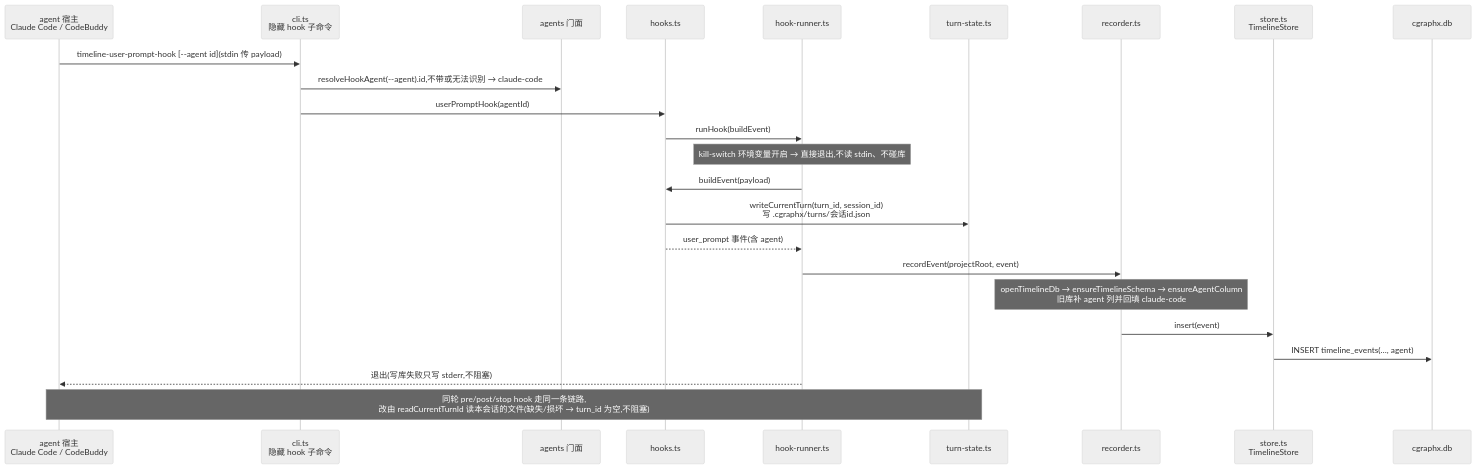
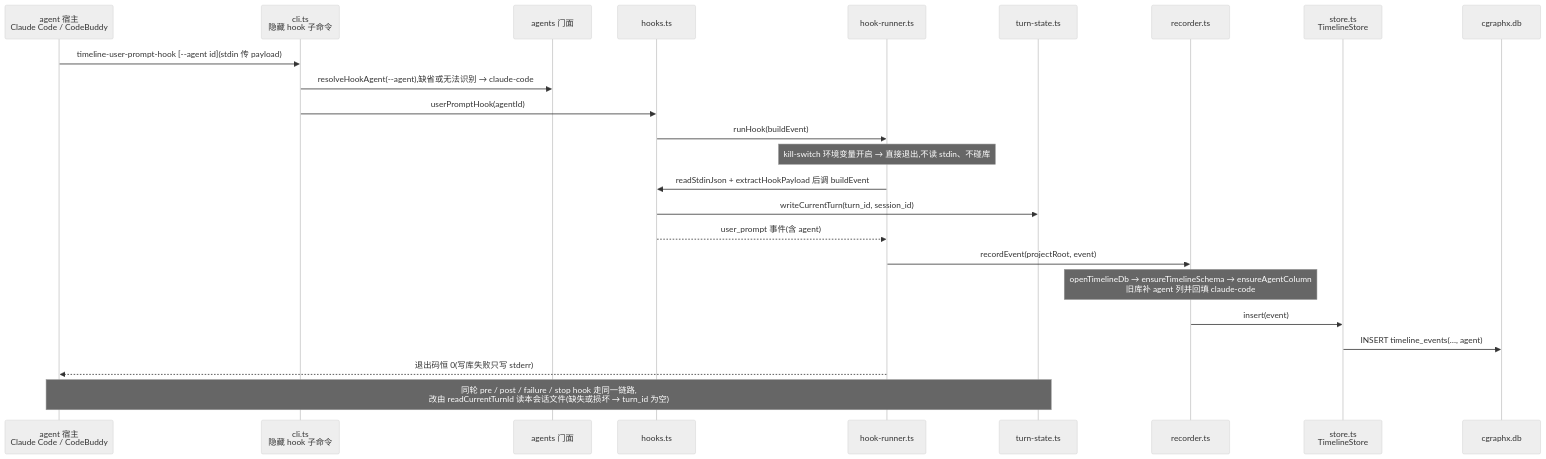
The first of 4 diagrams in docs/code-map/flows/开发时间线记录.md (smdnkB/cgraphx), drawn with Mermaid (neutral theme) before and after one commit. The commit also changed other lines of this file and 8 other files, not shown here.

First line of the commit message:
docs: 更新任务知识库与代码地图——任务自动关联落地后的现状

````diff
--- a/docs/code-map/flows/开发时间线记录.md
+++ b/docs/code-map/flows/开发时间线记录.md
@@ -57,27 +68,27 @@
 ```mermaid
 sequenceDiagram
   participant AG as agent 宿主<br/>Claude Code / CodeBuddy
   participant CLI as cli.ts<br/>隐藏 hook 子命令
   participant AP as agents 门面
   participant H as hooks.ts
   participant RH as hook-runner.ts
   participant TS as turn-state.ts
   participant RC as recorder.ts
   participant ST as store.ts<br/>TimelineStore
   participant DB as cgraphx.db
 
   AG->>CLI: timeline-user-prompt-hook [--agent id](stdin 传 payload)
-  CLI->>AP: resolveHookAgent(--agent).id,不带或无法识别 → claude-code
+  CLI->>AP: resolveHookAgent(--agent),缺省或无法识别 → claude-code
   CLI->>H: userPromptHook(agentId)
   H->>RH: runHook(buildEvent)
   Note over RH: kill-switch 环境变量开启 → 直接退出,不读 stdin、不碰库
-  RH->>H: buildEvent(payload)
-  H->>TS: writeCurrentTurn(turn_id, session_id)<br/>写 .cgraphx/turns/会话id.json
+  RH->>H: readStdinJson + extractHookPayload 后调 buildEvent
+  H->>TS: writeCurrentTurn(turn_id, session_id)
   H-->>RH: user_prompt 事件(含 agent)
   RH->>RC: recordEvent(projectRoot, event)
   Note over RC: openTimelineDb → ensureTimelineSchema → ensureAgentColumn<br/>旧库补 agent 列并回填 claude-code
   RC->>ST: insert(event)
   ST->>DB: INSERT timeline_events(…, agent)
-  RH-->>AG: 退出(写库失败只写 stderr,不阻塞)
-  Note over AG,TS: 同轮 pre/post/stop hook 走同一条链路,<br/>改由 readCurrentTurnId 读本会话的文件(缺失/损坏 → turn_id 为空,不阻塞)
+  RH-->>AG: 退出码恒 0(写库失败只写 stderr)
+  Note over AG,TS: 同轮 pre / post / failure / stop hook 走同一链路,<br/>改由 readCurrentTurnId 读本会话文件(缺失或损坏 → turn_id 为空)
 ```
````
